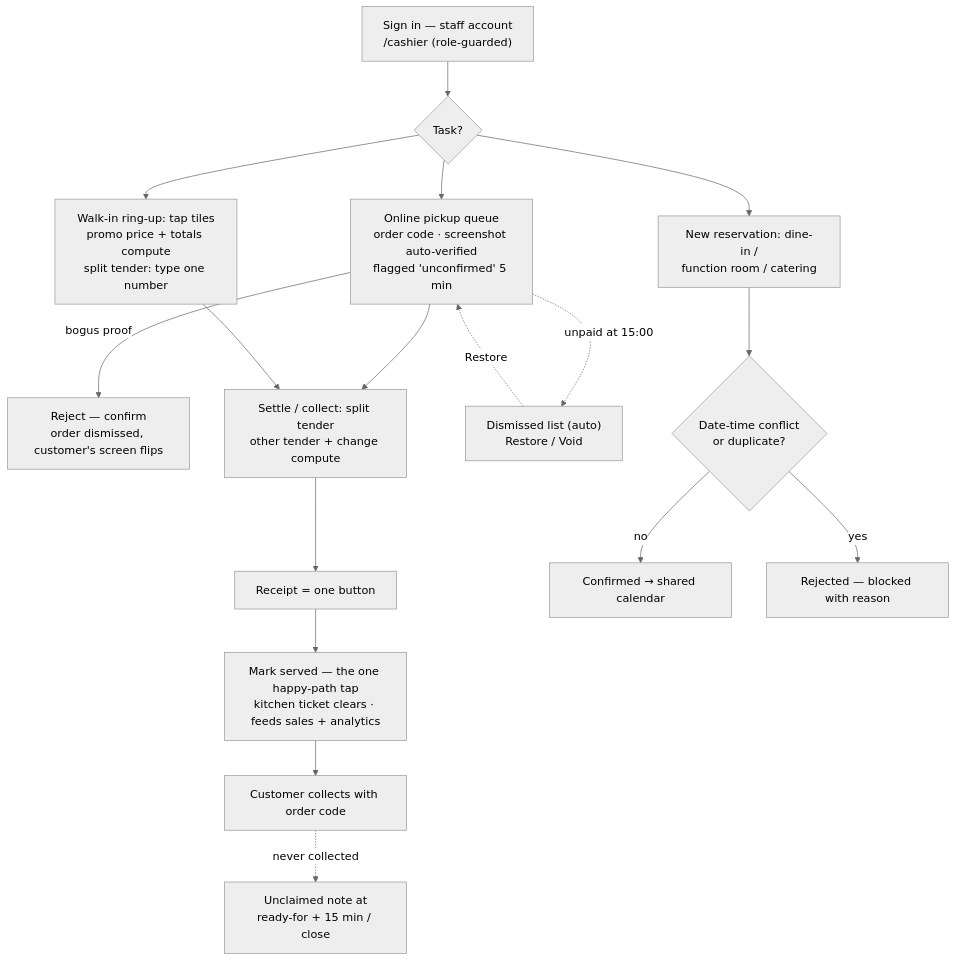
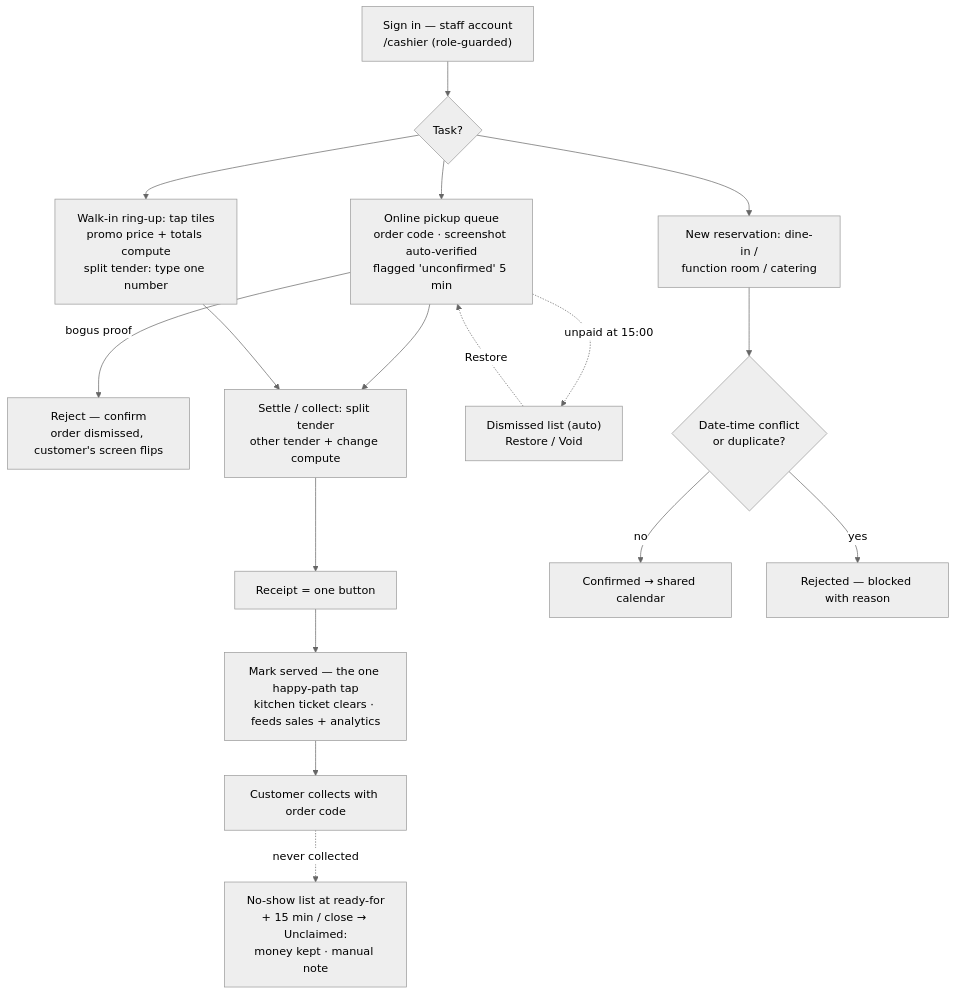
The diagram in docs/flow-charts/cashier.md (S1NXIAN/CRNP), drawn with Mermaid (neutral theme) before and after one commit. The commit also changed 3 other files, not shown here.

First line of the commit message:
docs: sync flowcharts with spec, add chart-update rule

````diff
--- a/docs/flow-charts/cashier.md
+++ b/docs/flow-charts/cashier.md
@@ -6,19 +6,19 @@
 ```mermaid
 flowchart TD
     A["Sign in — staff account<br/>/cashier (role-guarded)"] --> B{"Task?"}
     B --> C["Online pickup queue<br/>order code · screenshot auto-verified<br/>flagged 'unconfirmed' 5 min"]
     B --> D["Walk-in ring-up: tap tiles<br/>promo price + totals compute<br/>split tender: type one number"]
     B --> E["New reservation: dine-in /<br/>function room / catering"]
     C -->|"bogus proof"| R["Reject — confirm<br/>order dismissed, customer's screen flips"]
     C --> F["Settle / collect: split tender<br/>other tender + change compute"]
     D --> F
     F --> G["Receipt = one button"]
     G --> H["Mark served — the one happy-path tap<br/>kitchen ticket clears · feeds sales + analytics"]
     H --> I["Customer collects with order code"]
-    I -.->|"never collected"| U["Unclaimed note at<br/>ready-for + 15 min / close"]
+    I -.->|"never collected"| U["No-show list at ready-for<br/>+ 15 min / close → Unclaimed:<br/>money kept · manual note"]
     C -.->|"unpaid at 15:00"| X["Dismissed list (auto)<br/>Restore / Void"]
     X -.->|"Restore"| C
     E --> J{"Date-time conflict<br/>or duplicate?"}
     J -->|"no"| K["Confirmed → shared calendar"]
     J -->|"yes"| L["Rejected — blocked with reason"]
 ```
````
